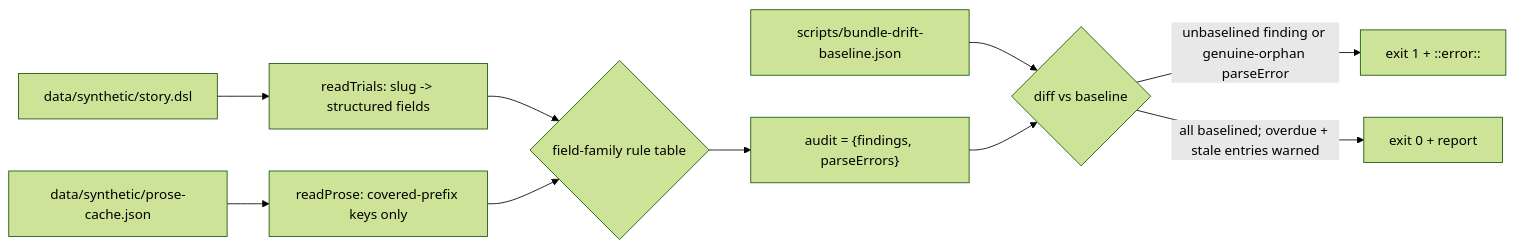
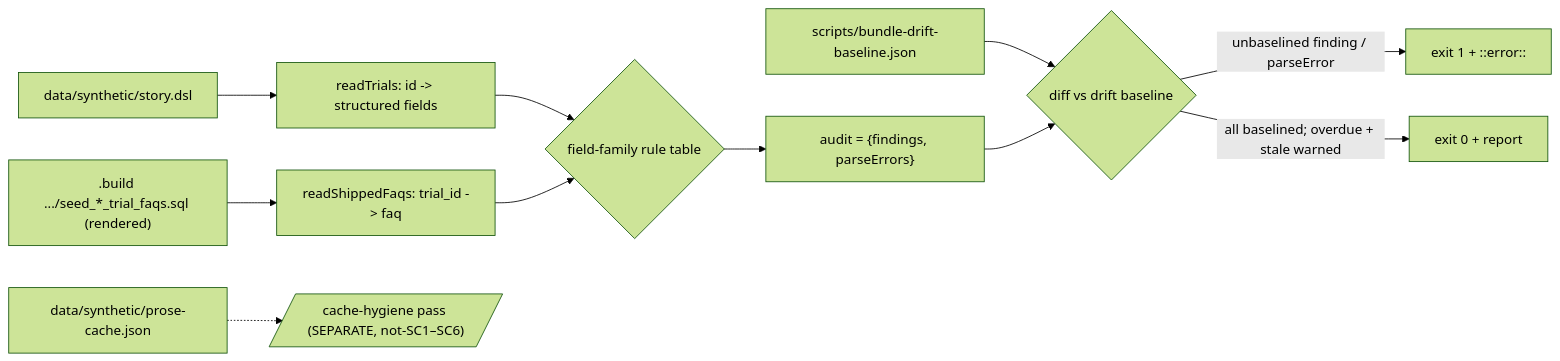
The diagram in specs/300-prose-field-drift-detector/design-a.md (forwardimpact/bionova-apps), drawn with Mermaid (forest theme) before and after one commit. The commit also changed other lines of this file, not shown here.

````diff
--- a/specs/300-prose-field-drift-detector/design-a.md
+++ b/specs/300-prose-field-drift-detector/design-a.md
@@ -32,12 +55,13 @@
 ```mermaid
 flowchart LR
-  DSL[data/synthetic/story.dsl] --> FR[readTrials: slug -> structured fields]
-  PC[data/synthetic/prose-cache.json] --> PR[readProse: covered-prefix keys only]
+  DSL[data/synthetic/story.dsl] --> FR[readTrials: id -> structured fields]
+  SEED[".build .../seed_*_trial_faqs.sql (rendered)"] --> PR[readShippedFaqs: trial_id -> faq]
   FR --> RULE{field-family rule table}
   PR --> RULE
   RULE --> AUD["audit = {findings, parseErrors}"]
   BASE[scripts/bundle-drift-baseline.json] --> DIFF
-  AUD --> DIFF{diff vs baseline}
-  DIFF -->|unbaselined finding or genuine-orphan parseError| FAIL[exit 1 + ::error::]
-  DIFF -->|all baselined; overdue + stale entries warned| PASS[exit 0 + report]
+  AUD --> DIFF{diff vs drift baseline}
+  DIFF -->|unbaselined finding / parseError| FAIL[exit 1 + ::error::]
+  DIFF -->|all baselined; overdue + stale warned| PASS[exit 0 + report]
+  PC[data/synthetic/prose-cache.json] -.-> HYG[/"cache-hygiene pass (SEPARATE, not-SC1–SC6)"/]
 ```
````
